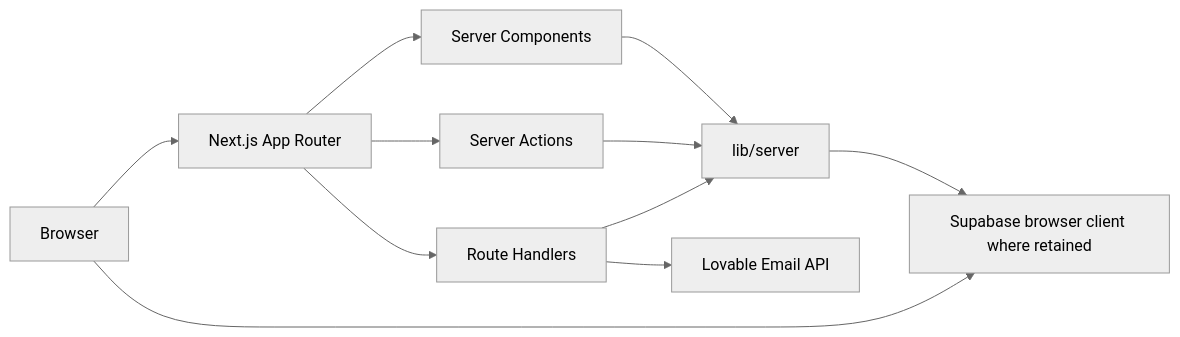
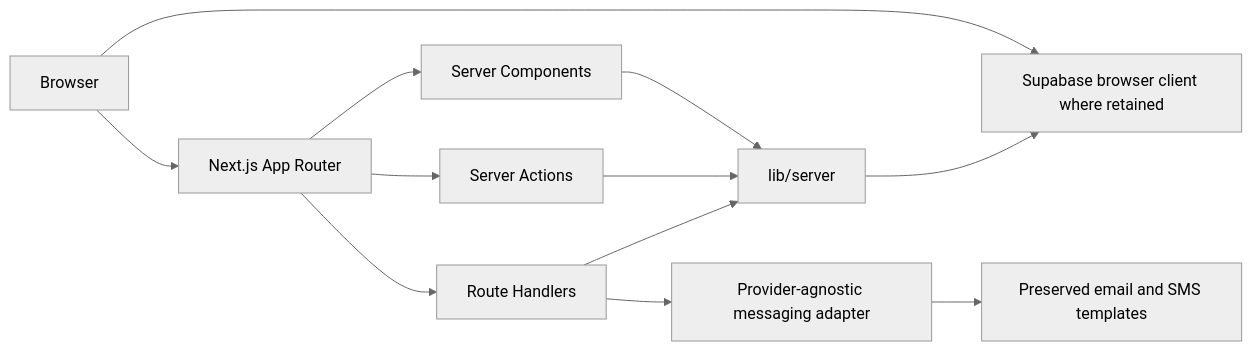
One commit to Ali-sherif/loyollo-web changed the second of 2 diagrams in docs/frontend/README.md. Above: the diagram before and after it, drawn with Mermaid (neutral theme). The commit also changed other lines of this file and 17 other files, not shown here.

Commit message:
docs: update architecture documentation to reflect Lovable withdrawal and messaging adapter integration

````diff
--- a/docs/frontend/README.md
+++ b/docs/frontend/README.md
@@ -16,13 +16,14 @@
 ```mermaid
 flowchart LR
   Browser --> Next[Next.js App Router]
   Next --> RSC[Server Components]
   Next --> Actions[Server Actions]
   Next --> Handlers[Route Handlers]
   Browser --> Supabase[Supabase browser client where retained]
   RSC --> ServerLib[lib/server]
   Actions --> ServerLib
   Handlers --> ServerLib
   ServerLib --> Supabase
-  Handlers --> Email[Lovable Email API]
+  Handlers --> Messaging[Provider-agnostic messaging adapter]
+  Messaging --> Templates[Preserved email and SMS templates]
 ```
````
